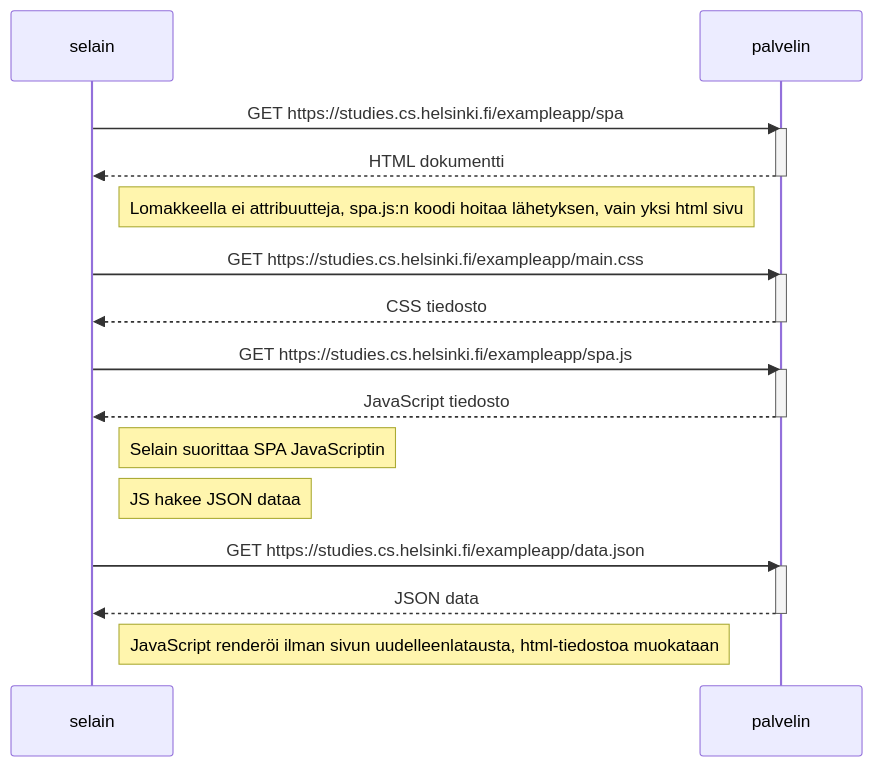
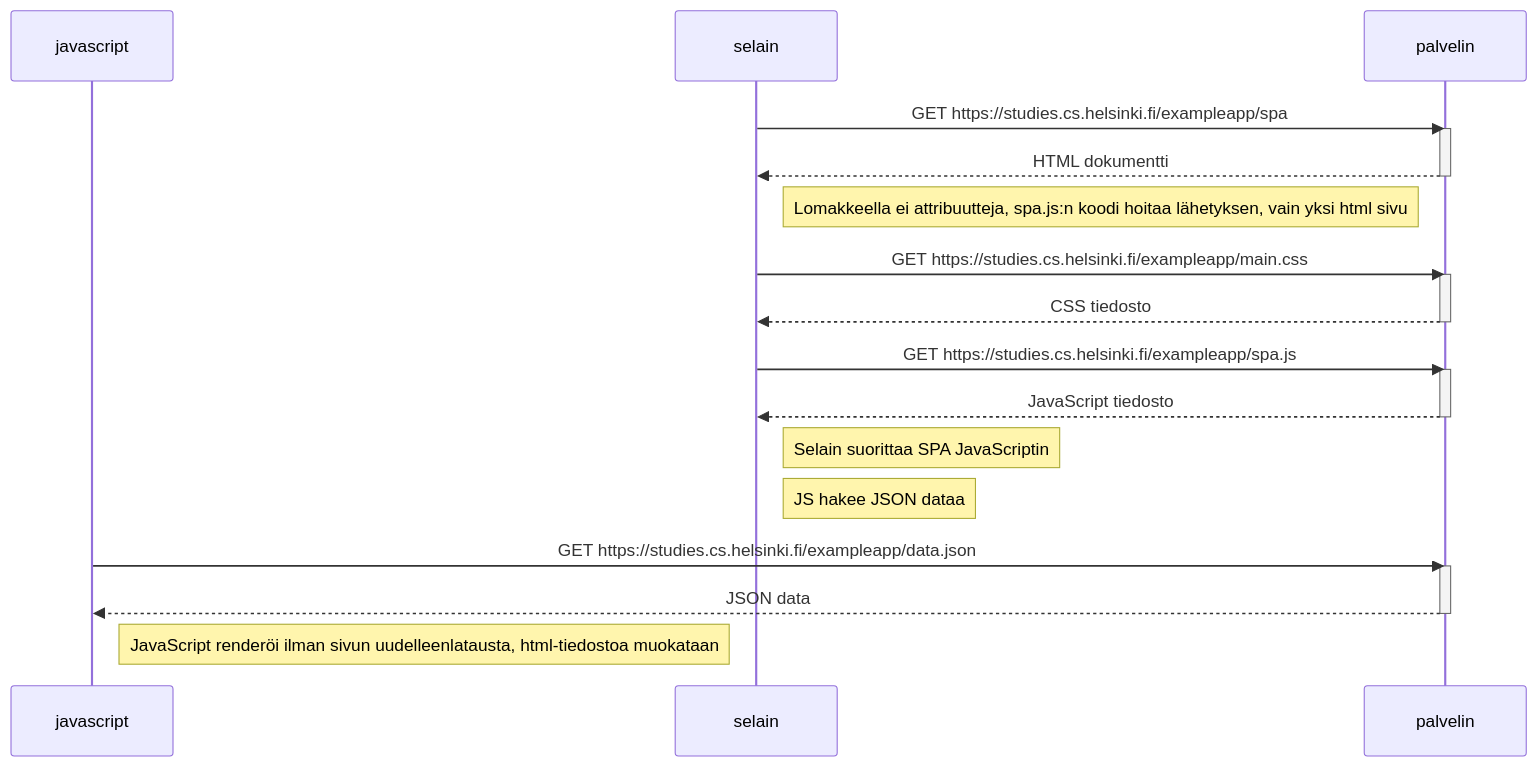
The diagram in FSO - Osa 0/Tehtava 0.5 - Single Page App/fso-0.5 kaavio.md (AnlemiTIV/FSO_Remote_1-13_AL), drawn with Mermaid before and after one commit.

Commit message:
Javascriptin lisäys jäsenenä 0.5 diagrammiin

````diff
--- a/FSO - Osa 0/Tehtava 0.5 - Single Page App/fso-0.5 kaavio.md
+++ b/FSO - Osa 0/Tehtava 0.5 - Single Page App/fso-0.5 kaavio.md
@@ -5,33 +5,34 @@
 ```mermaid
 sequenceDiagram
+    participant javascript
     participant selain
     participant palvelin
     
     selain->>palvelin: GET https://studies.cs.helsinki.fi/exampleapp/spa
     activate palvelin
     palvelin-->>selain: HTML dokumentti
     deactivate palvelin
 
     Note right of selain: Lomakkeella ei attribuutteja, spa.js:n koodi hoitaa lähetyksen, vain yksi html sivu
     
     selain->>palvelin: GET https://studies.cs.helsinki.fi/exampleapp/main.css
     activate palvelin
     palvelin-->>selain: CSS tiedosto
     deactivate palvelin
     
     selain->>palvelin: GET https://studies.cs.helsinki.fi/exampleapp/spa.js
     activate palvelin
     palvelin-->>selain: JavaScript tiedosto
     deactivate palvelin
     
     Note right of selain: Selain suorittaa SPA JavaScriptin
 
     Note right of selain: JS hakee JSON dataa 
     
-    selain->>palvelin: GET https://studies.cs.helsinki.fi/exampleapp/data.json
+    javascript->>palvelin: GET https://studies.cs.helsinki.fi/exampleapp/data.json
     activate palvelin
-    palvelin-->>selain: JSON data
+    palvelin-->>javascript: JSON data
     deactivate palvelin   
 
-    Note right of selain: JavaScript renderöi ilman sivun uudelleenlatausta, html-tiedostoa muokataan
+    Note right of javascript: JavaScript renderöi ilman sivun uudelleenlatausta, html-tiedostoa muokataan
 ```
````
